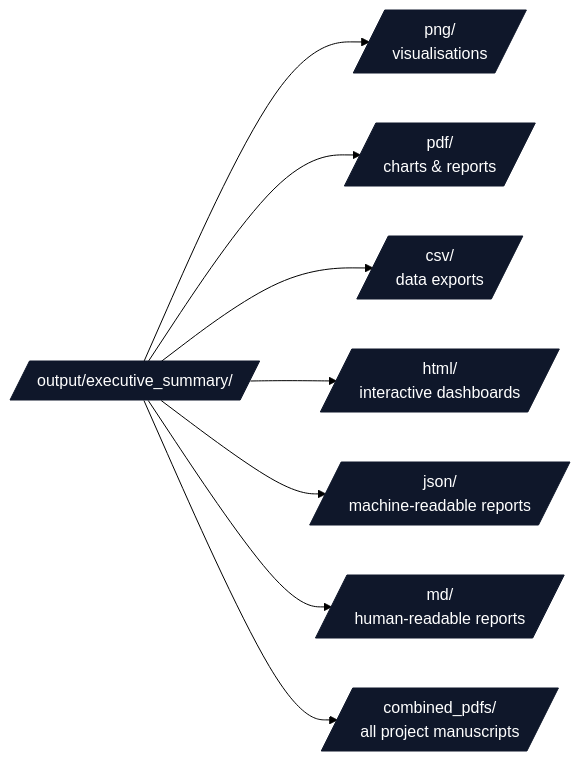
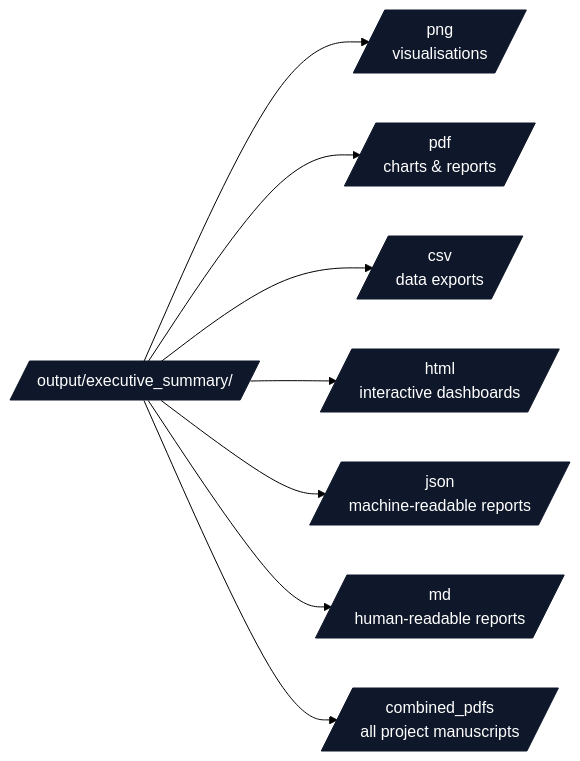
The second of 3 diagrams in infrastructure/reporting/README.md (docxology/template), drawn with Mermaid (forest theme) before and after one commit. The commit also changed other lines of this file and 164 other files, not shown here.

````diff
--- a/infrastructure/reporting/README.md
+++ b/infrastructure/reporting/README.md
@@ -103,14 +104,14 @@
 ```mermaid
 flowchart LR
     EX[/output/executive_summary//]
-    EX --> PNG[/png/<br/>visualisations/]
-    EX --> PDF[/pdf/<br/>charts &amp; reports/]
-    EX --> CSV[/csv/<br/>data exports/]
-    EX --> HTML[/html/<br/>interactive dashboards/]
-    EX --> JSON[/json/<br/>machine-readable reports/]
-    EX --> MD[/md/<br/>human-readable reports/]
-    EX --> CB[/combined_pdfs/<br/>all project manuscripts/]
+    EX --> PNG[/png<br/>visualisations/]
+    EX --> PDF[/pdf<br/>charts &amp; reports/]
+    EX --> CSV[/csv<br/>data exports/]
+    EX --> HTML[/html<br/>interactive dashboards/]
+    EX --> JSON[/json<br/>machine-readable reports/]
+    EX --> MD[/md<br/>human-readable reports/]
+    EX --> CB[/combined_pdfs<br/>all project manuscripts/]
 
     classDef d fill:#0f172a,stroke:#0f172a,color:#fff
     class EX,PNG,PDF,CSV,HTML,JSON,MD,CB d
 ```
````
